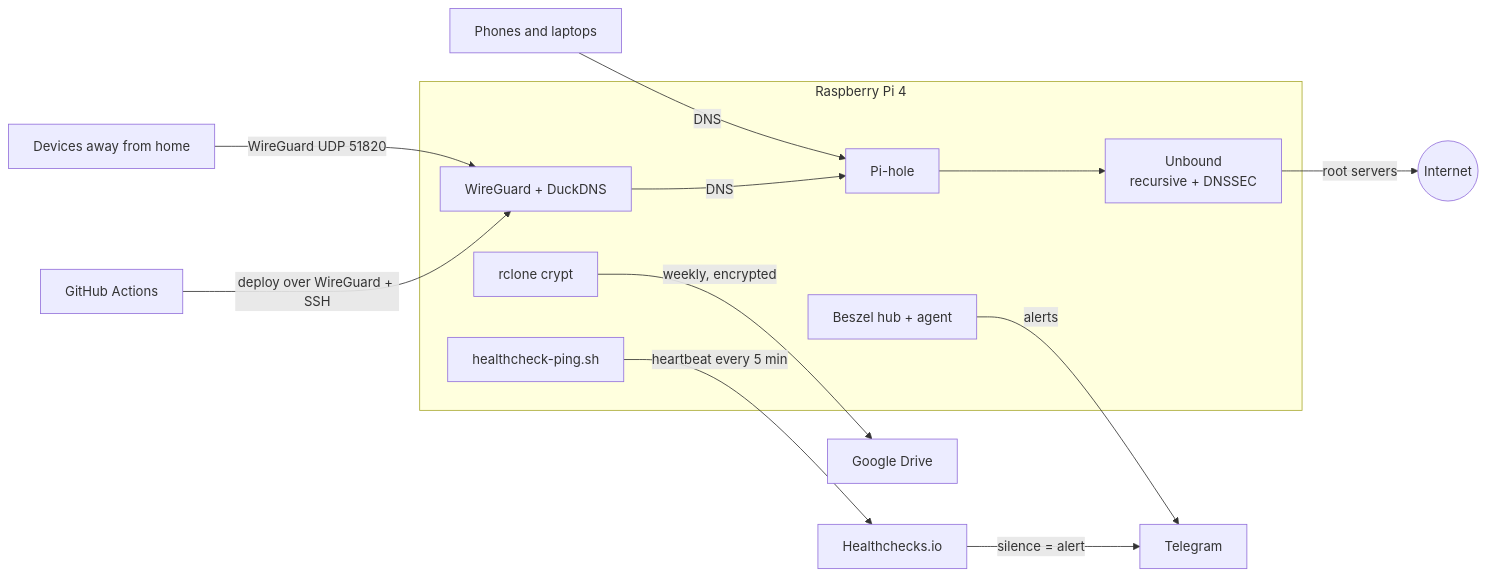
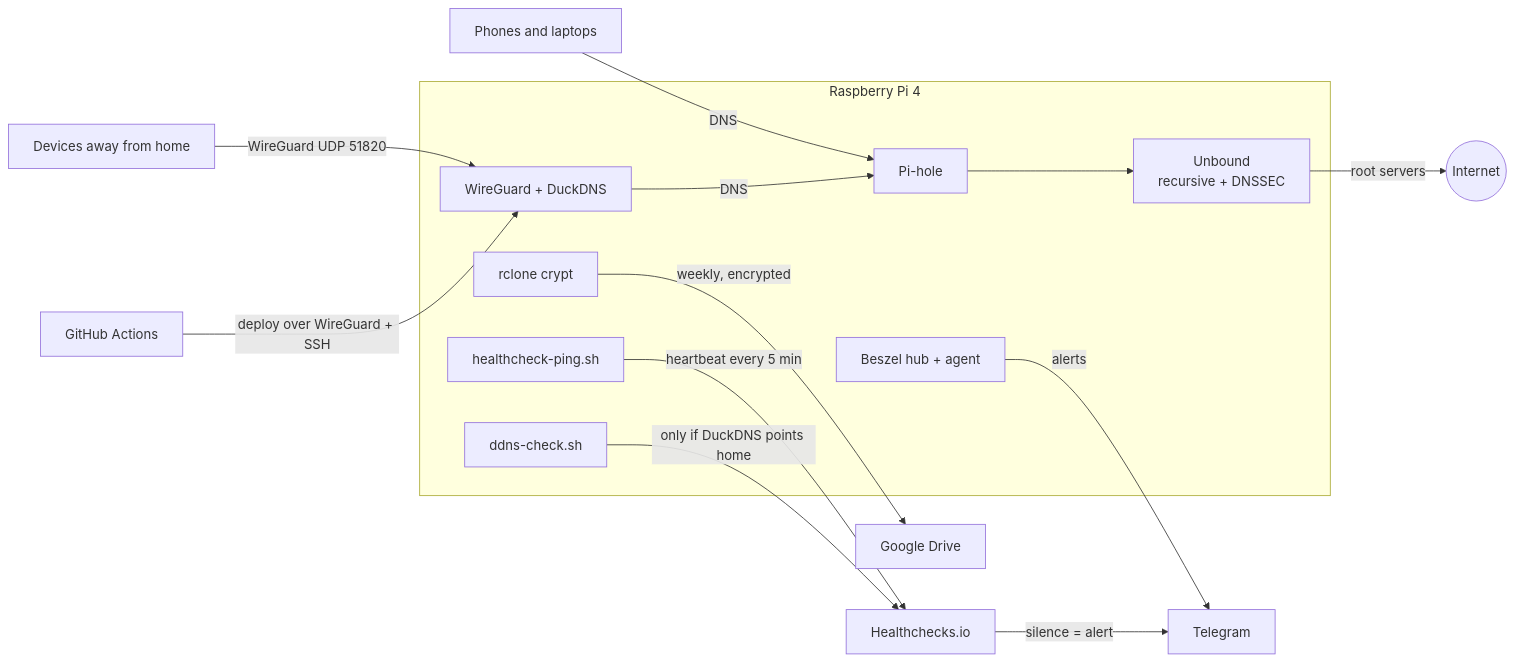
Before and after one commit to thomazcampos07/homelab: the diagram in README.md, drawn with Mermaid. The commit also changed other lines of this file and 6 other files, not shown here.

First line of the commit message:
Alerta quando o DuckDNS deixa de apontar para a casa

````diff
--- a/README.md
+++ b/README.md
@@ -11,17 +11,19 @@
 ```mermaid
 flowchart LR
   clients[Phones and laptops] -->|DNS| pihole
   remote[Devices away from home] -->|WireGuard UDP 51820| wg
   subgraph pi[Raspberry Pi 4]
     wg[WireGuard + DuckDNS] -->|DNS| pihole[Pi-hole]
     pihole --> unbound[Unbound<br/>recursive + DNSSEC]
     beszel[Beszel hub + agent]
     backup[rclone crypt]
     ping[healthcheck-ping.sh]
+    ddns
   end
   unbound -->|root servers| internet((Internet))
   beszel -->|alerts| telegram[Telegram]
   ping -->|heartbeat every 5 min| hc[Healthchecks.io] -->|silence = alert| telegram
+  ddns[ddns-check.sh] -->|only if DuckDNS points home| hc
   backup -->|weekly, encrypted| drive[Google Drive]
   gha[GitHub Actions] -->|deploy over WireGuard + SSH| wg
 ```
````
